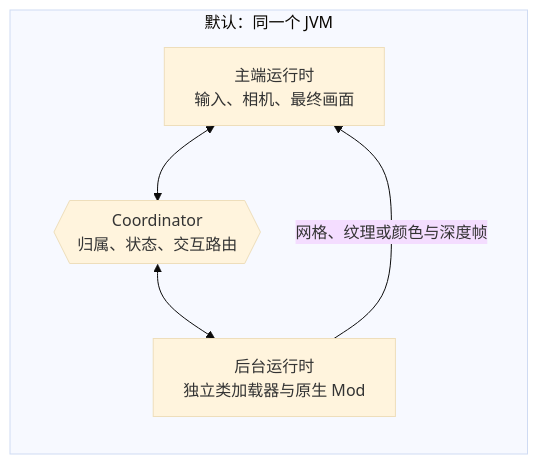
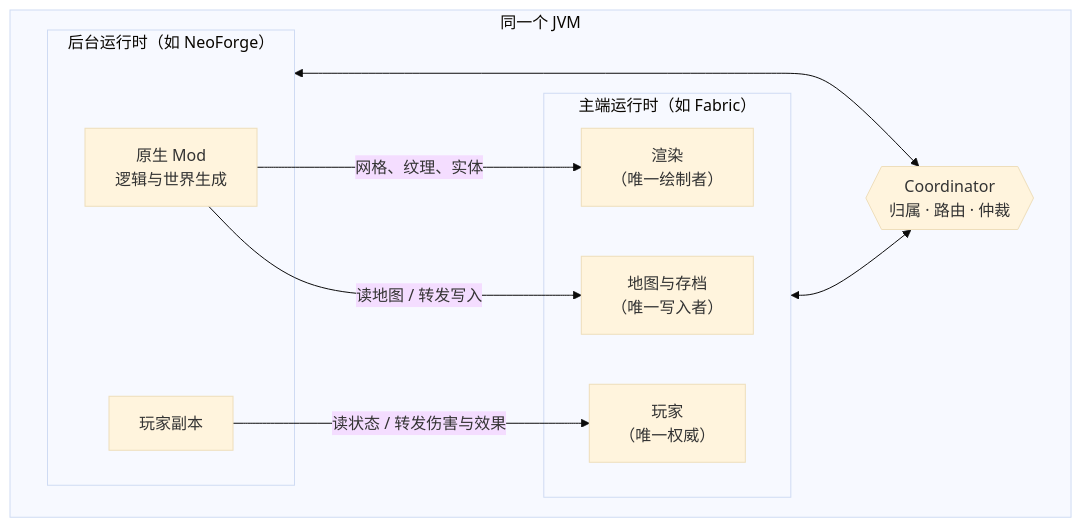
Before and after one commit to xiaozhe19/mmlf: the first of 2 diagrams in README.md, drawn with Mermaid (base theme). The commit also changed other lines of this file and 37 other files, not shown here.

````diff
--- a/README.md
+++ b/README.md
@@ -156,10 +147,20 @@
 ```mermaid
 flowchart LR
-    subgraph JVM["默认：同一个 JVM"]
-        P["主端运行时<br/>输入、相机、最终画面"]
-        C{{"Coordinator<br/>归属、状态、交互路由"}}
-        B["后台运行时<br/>独立类加载器与原生 Mod"]
+    subgraph JVM["同一个 JVM"]
+        direction LR
+        subgraph P["主端运行时（如 Fabric）"]
+            PW["地图与存档<br/>（唯一写入者）"]
+            PP["玩家<br/>（唯一权威）"]
+            PR["渲染<br/>（唯一绘制者）"]
+        end
+        C{{"Coordinator<br/>归属 · 路由 · 仲裁"}}
+        subgraph B["后台运行时（如 NeoForge）"]
+            BM["原生 Mod<br/>逻辑与世界生成"]
+            BS["玩家副本"]
+        end
+        BM -- "读地图 / 转发写入" --> PW
+        BS -- "读状态 / 转发伤害与效果" --> PP
+        BM -- "网格、纹理、实体" --> PR
         P <--> C <--> B
-        B -- "网格、纹理或颜色与深度帧" --> P
     end
 ```
````
